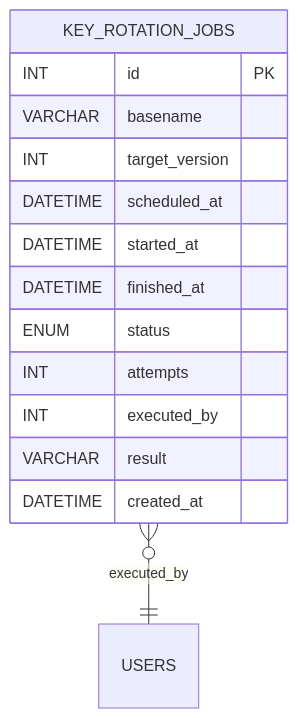
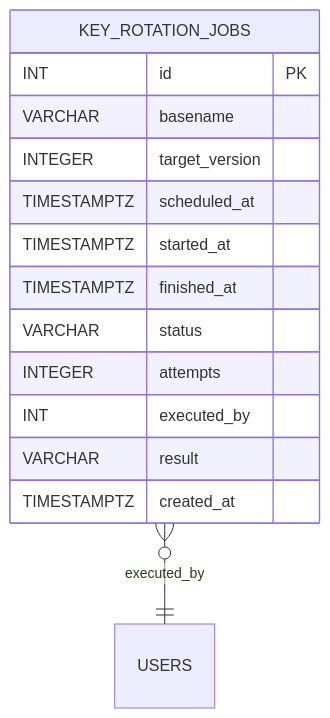
Before and after one commit to blackcatdatabase/table-key-rotation-jobs: the diagram in README.md, drawn with Mermaid. The commit also changed other lines of this file and 26 other files, not shown here.

First line of the commit message:
Regen schema (#1)

````diff
--- a/README.md
+++ b/README.md
@@ -57,17 +60,17 @@
 ```mermaid
 erDiagram
   KEY_ROTATION_JOBS {
     INT id PK
     VARCHAR basename
-    INT target_version
-    DATETIME scheduled_at
-    DATETIME started_at
-    DATETIME finished_at
-    ENUM status
-    INT attempts
+    INTEGER target_version
+    TIMESTAMPTZ scheduled_at
+    TIMESTAMPTZ started_at
+    TIMESTAMPTZ finished_at
+    VARCHAR status
+    INTEGER attempts
     INT executed_by
     VARCHAR result
-    DATETIME created_at
+    TIMESTAMPTZ created_at
   }
   KEY_ROTATION_JOBS }o--|| USERS : "executed_by"
 ```
````
